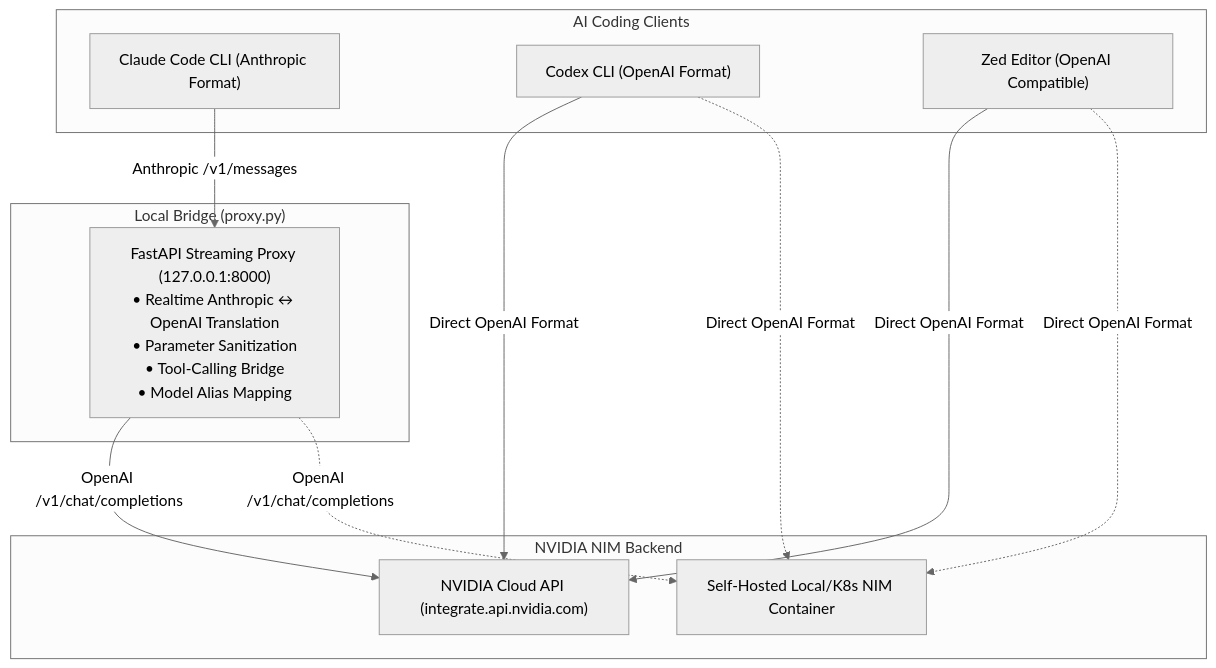
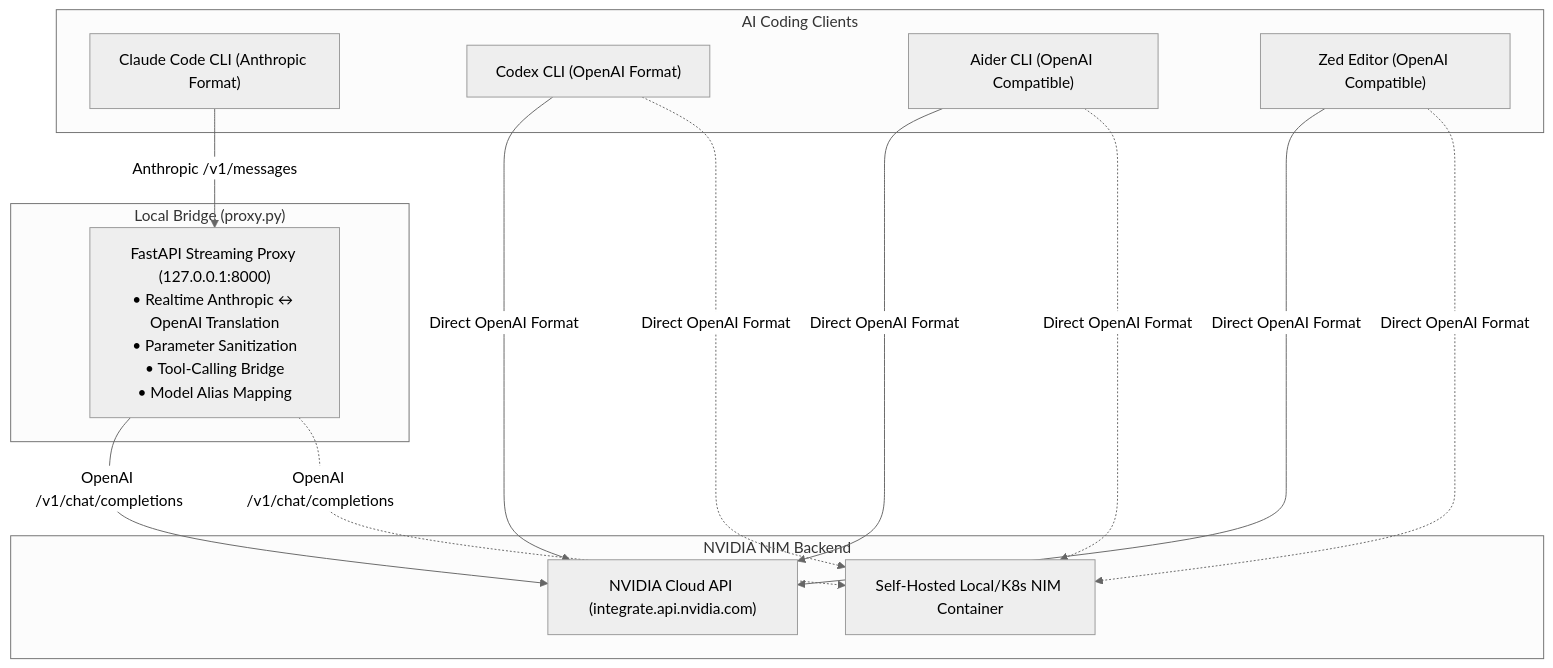
One commit to hoshank/nim-coding-assistants changed the diagram in README.md. Above: the diagram before and after it, drawn with Mermaid (neutral theme). The commit also changed other lines of this file and 24 other files, not shown here.

````diff
--- a/README.md
+++ b/README.md
@@ -14,27 +14,31 @@
 ```mermaid
 graph TD
     subgraph Clients["AI Coding Clients"]
         CC["Claude Code CLI (Anthropic Format)"]
         CX["Codex CLI (OpenAI Format)"]
+        AID["Aider CLI (OpenAI Compatible)"]
         ZD["Zed Editor (OpenAI Compatible)"]
     end
 
     subgraph Bridge["Local Bridge (proxy.py)"]
         PRX["FastAPI Streaming Proxy (127.0.0.1:8000)<br/>• Realtime Anthropic ↔ OpenAI Translation<br/>• Parameter Sanitization<br/>• Tool-Calling Bridge<br/>• Model Alias Mapping"]
     end
 
     subgraph NIM["NVIDIA NIM Backend"]
         CAT["NVIDIA Cloud API (integrate.api.nvidia.com)"]
         SH["Self-Hosted Local/K8s NIM Container"]
     end
 
     CC -->|Anthropic /v1/messages| PRX
     PRX -->|OpenAI /v1/chat/completions| CAT
     PRX -.->|OpenAI /v1/chat/completions| SH
 
     CX -->|Direct OpenAI Format| CAT
     CX -.->|Direct OpenAI Format| SH
 
+    AID -->|Direct OpenAI Format| CAT
+    AID -.->|Direct OpenAI Format| SH
+
     ZD -->|Direct OpenAI Format| CAT
     ZD -.->|Direct OpenAI Format| SH
 ```
````
